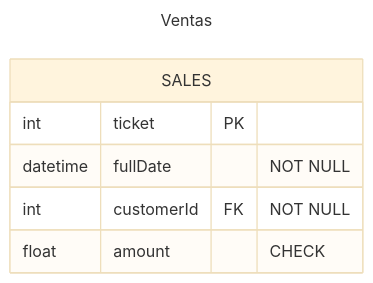
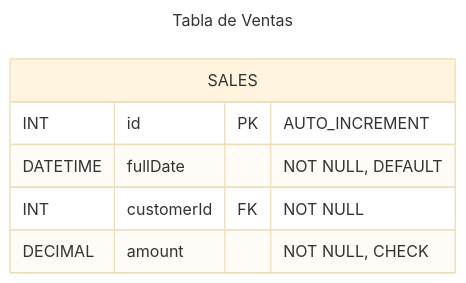
One commit to rosendocamal/homeworks changed diagram 23 of 30 in 4to-Cuatrimestre/fundamentos-base-datos/proyecto/proyecto.md. Above: the diagram before and after it, drawn with Mermaid (base theme). The commit also changed other lines of this file and 1 other file, not shown here.

````diff
--- a/4to-Cuatrimestre/fundamentos-base-datos/proyecto/proyecto.md
+++ b/4to-Cuatrimestre/fundamentos-base-datos/proyecto/proyecto.md
@@ -460,12 +460,12 @@
 ```mermaid
 ---
-title: Ventas
+title: Tabla de Ventas
 ---
 erDiagram
 	SALES {
-		int ticket PK
-		datetime fullDate "NOT NULL"
-		int customerId FK "NOT NULL"
-		float amount "CHECK"
+		INT id PK "AUTO_INCREMENT"
+		DATETIME fullDate "NOT NULL, DEFAULT"
+		INT customerId FK "NOT NULL"
+		DECIMAL amount "NOT NULL, CHECK"
 	}
 ```
````
